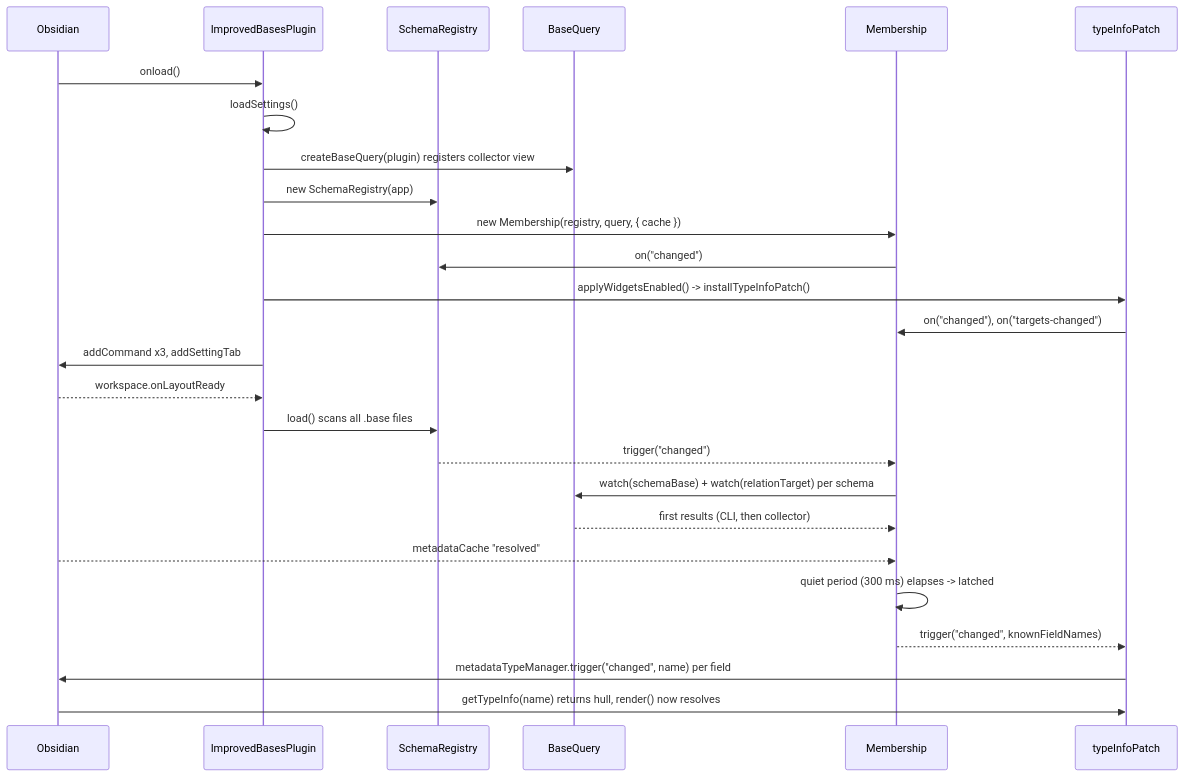
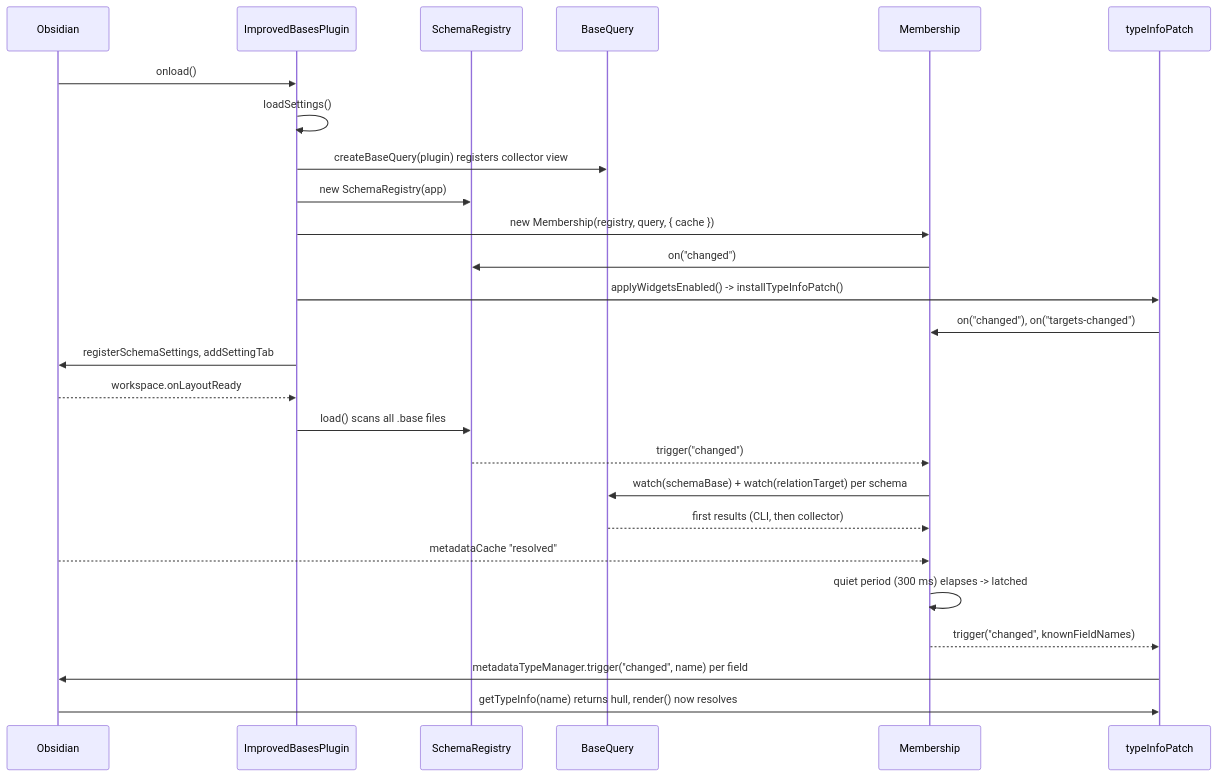
One commit to Macavity/obsidian-improved-bases changed the diagram in wiki/flows/plugin-load-and-ready.md. Above: the diagram before and after it, drawn with Mermaid. The commit also changed other lines of this file and 16 other files, not shown here.

Commit message:
Document schema settings dialog

````diff
--- a/wiki/flows/plugin-load-and-ready.md
+++ b/wiki/flows/plugin-load-and-ready.md
@@ -21,28 +21,28 @@
 ```mermaid
 sequenceDiagram
   participant O as Obsidian
   participant P as ImprovedBasesPlugin
   participant R as SchemaRegistry
   participant Q as BaseQuery
   participant M as Membership
   participant T as typeInfoPatch
   O->>P: onload()
   P->>P: loadSettings()
   P->>Q: createBaseQuery(plugin) registers collector view
   P->>R: new SchemaRegistry(app)
   P->>M: new Membership(registry, query, { cache })
   M->>R: on("changed")
   P->>T: applyWidgetsEnabled() -> installTypeInfoPatch()
   T->>M: on("changed"), on("targets-changed")
-  P->>O: addCommand x3, addSettingTab
+  P->>O: registerSchemaSettings, addSettingTab
   O-->>P: workspace.onLayoutReady
   P->>R: load() scans all .base files
   R-->>M: trigger("changed")
   M->>Q: watch(schemaBase) + watch(relationTarget) per schema
   Q-->>M: first results (CLI, then collector)
   O-->>M: metadataCache "resolved"
   M->>M: quiet period (300 ms) elapses -> latched
   M-->>T: trigger("changed", knownFieldNames)
   T->>O: metadataTypeManager.trigger("changed", name) per field
   O->>T: getTypeInfo(name) returns hull, render() now resolves
 ```
````
